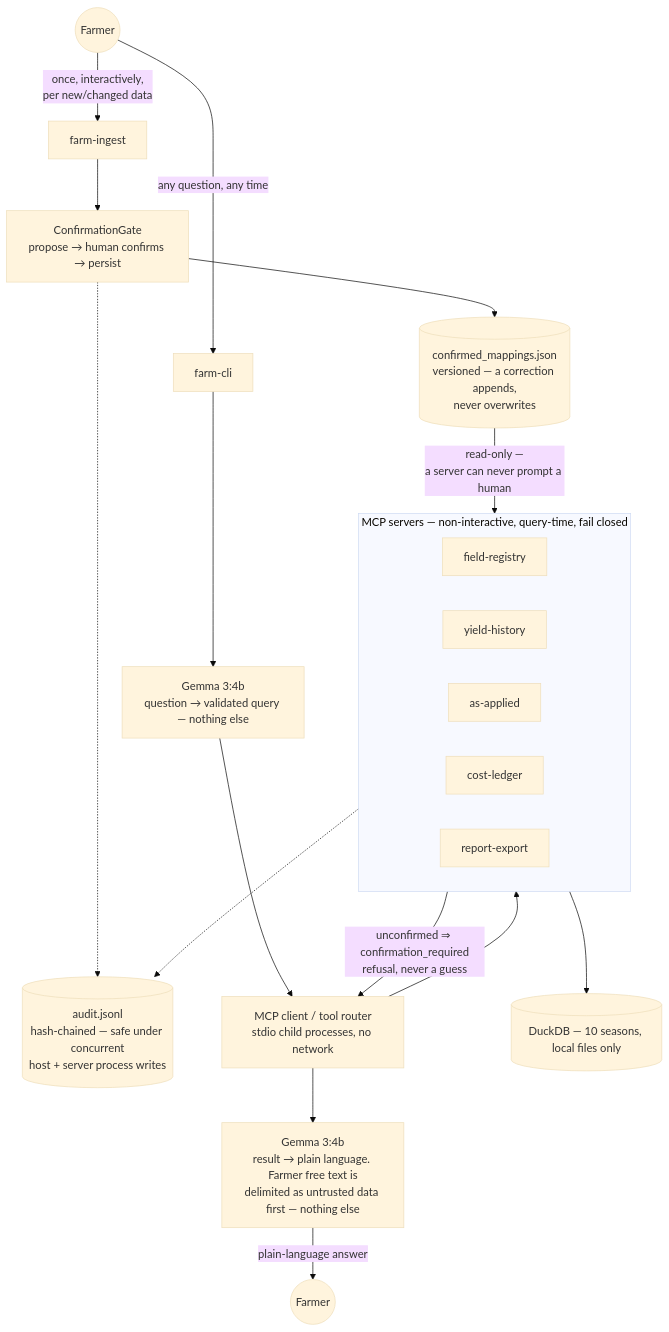
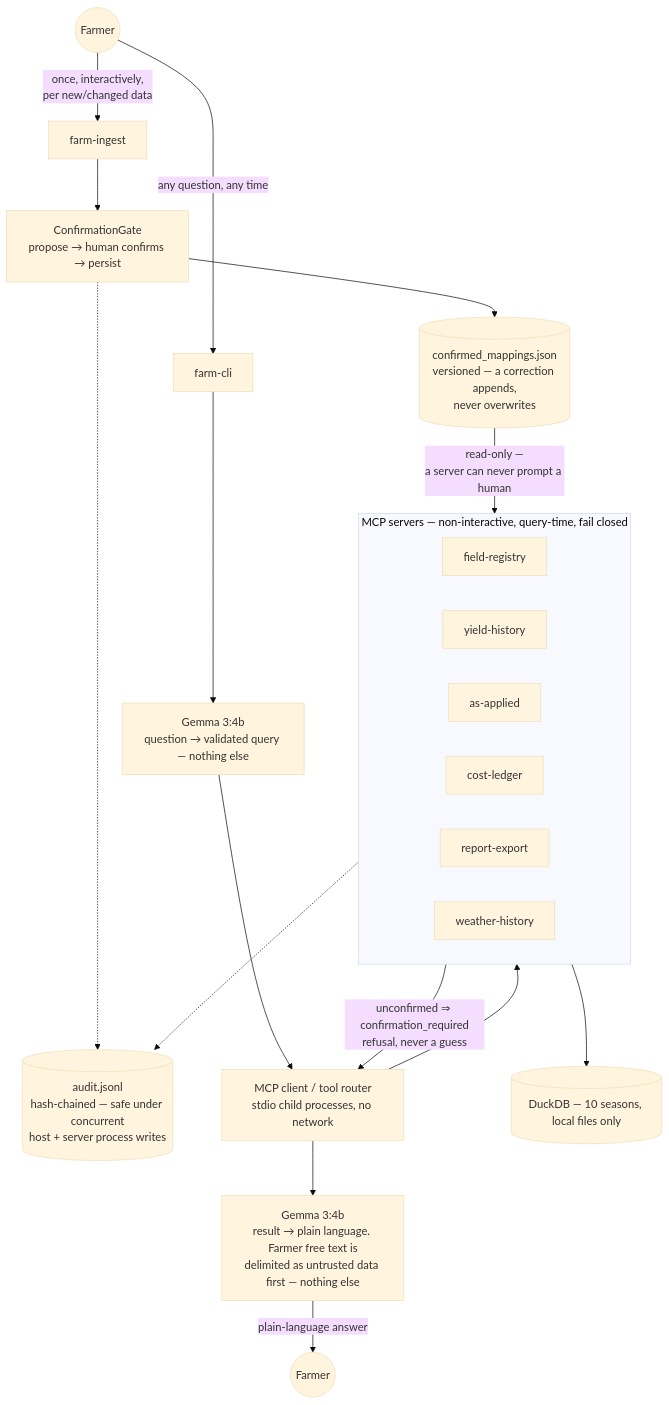
The diagram in docs/ARCHITECTURE.md (lynnlangit/precision-farm-mcp), drawn with Mermaid (base theme) before and after one commit. The commit also changed other lines of this file and 41 other files, not shown here.

````diff
--- a/docs/ARCHITECTURE.md
+++ b/docs/ARCHITECTURE.md
@@ -6,31 +6,32 @@
 ```mermaid
 flowchart TD
     Farmer(("Farmer"))
 
     Farmer -->|"once, interactively,<br/>per new/changed data"| Ingest["farm-ingest"]
     Farmer -->|"any question, any time"| CLI["farm-cli"]
 
     Ingest --> Gate["ConfirmationGate<br/>propose → human confirms → persist"]
     Gate --> Store[("confirmed_mappings.json<br/>versioned — a correction appends,<br/>never overwrites")]
     Gate -.-> Audit
 
     CLI --> Parser["Gemma 3:4b<br/>question → validated query — nothing else"]
     Parser --> Router["MCP client / tool router<br/>stdio child processes, no network"]
 
     subgraph Servers["MCP servers — non-interactive, query-time, fail closed"]
         FR["field-registry"]
         YH["yield-history"]
         AA["as-applied"]
         CL2["cost-ledger"]
         RE["report-export"]
+        WH["weather-history"]
     end
 
     Router --> Servers
     Store -->|"read-only —<br/>a server can never prompt a human"| Servers
     Servers -->|"unconfirmed ⇒ confirmation_required<br/>refusal, never a guess"| Router
     Servers --> DB[("DuckDB — 10 seasons, local files only")]
     Servers -.-> Audit[("audit.jsonl<br/>hash-chained — safe under concurrent<br/>host + server process writes")]
 
     Router --> Narrator["Gemma 3:4b<br/>result → plain language. Farmer free text is<br/>delimited as untrusted data first — nothing else"]
     Narrator -->|"plain-language answer"| Answer(("Farmer"))
 ```
````
